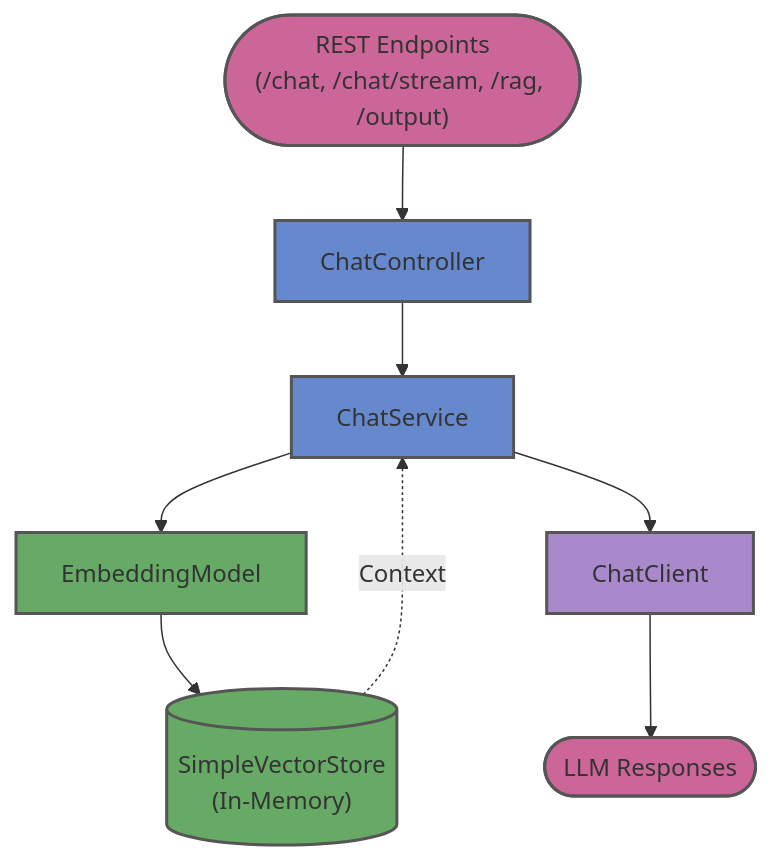
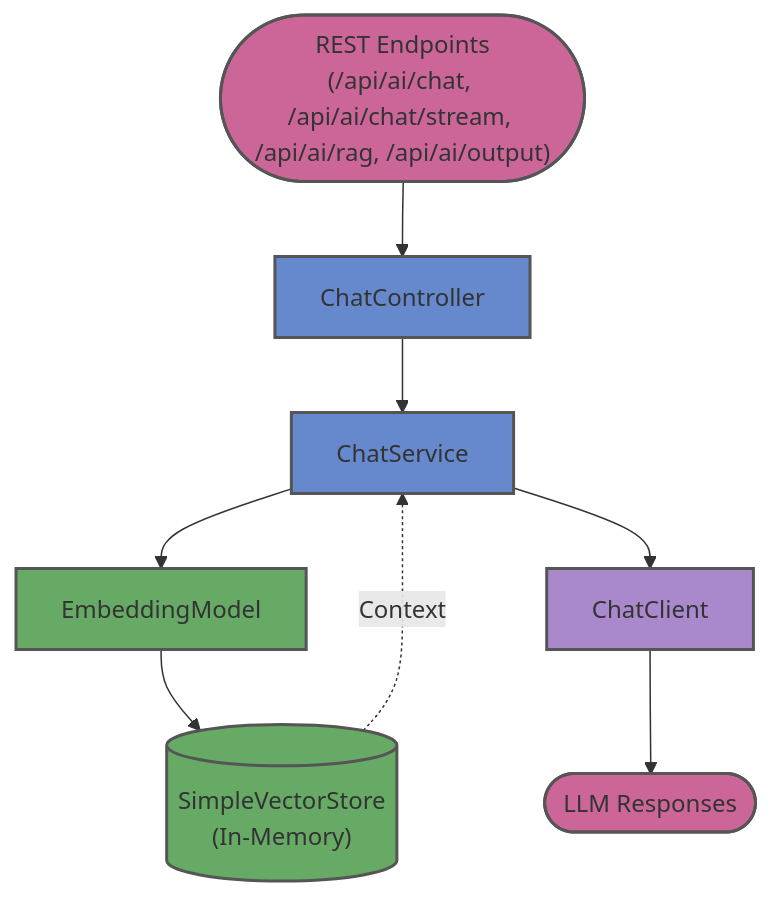
The diagram in chatmodel-springai/README.md (rajadilipkolli/ai-playground), drawn with Mermaid before and after one commit. The commit also changed other lines of this file, not shown here.

Commit message:
corrected endpoints

````diff
--- a/chatmodel-springai/README.md
+++ b/chatmodel-springai/README.md
@@ -13,26 +13,26 @@
 ```mermaid
 flowchart TD
     %% Define Styles / Legend
     classDef userReq fill:#cc6699,stroke:#555555,stroke-width:2px;
     classDef coordinator fill:#6688cc,stroke:#555555,stroke-width:2px;
     classDef searchEngine fill:#66aa66,stroke:#555555,stroke-width:2px;
     classDef llm fill:#aa88cc,stroke:#555555,stroke-width:2px;
 
-    Endpoints(["REST Endpoints<br/>(/chat, /chat/stream, /rag, /output)"]):::userReq
+    Endpoints(["REST Endpoints<br/>(/api/ai/chat, /api/ai/chat/stream, /api/ai/rag, /api/ai/output)"]):::userReq
     Controller["ChatController"]:::coordinator
     Service["ChatService"]:::coordinator
     
     Client["ChatClient"]:::llm
     Embed["EmbeddingModel"]:::searchEngine
     Store[("SimpleVectorStore<br/>(In-Memory)")]:::searchEngine
     
     Response(["LLM Responses"]):::userReq
 
     Endpoints --> Controller
     Controller --> Service
     Service --> Embed
     Embed --> Store
     Store -.->|Context| Service
     Service --> Client
     Client --> Response
 ```
````
